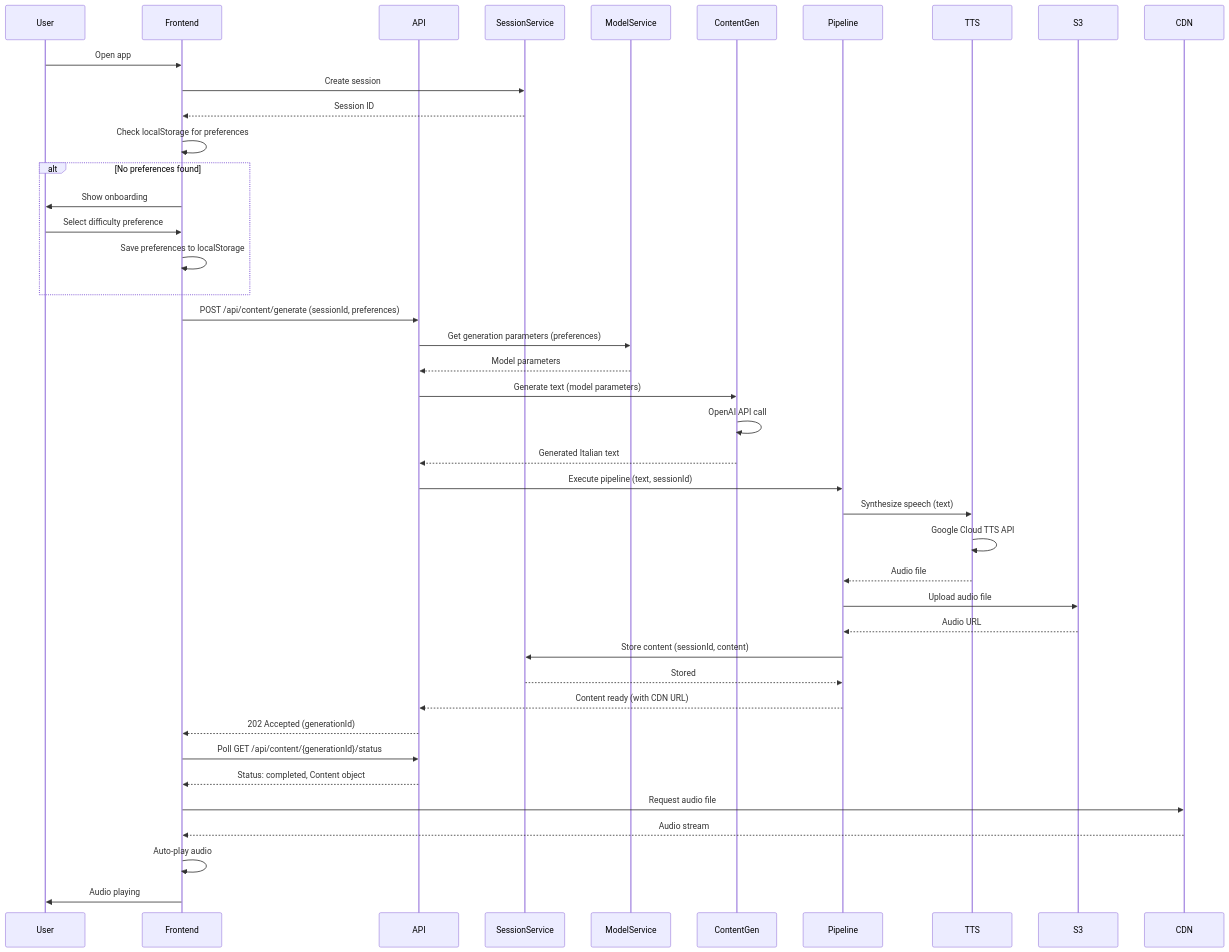
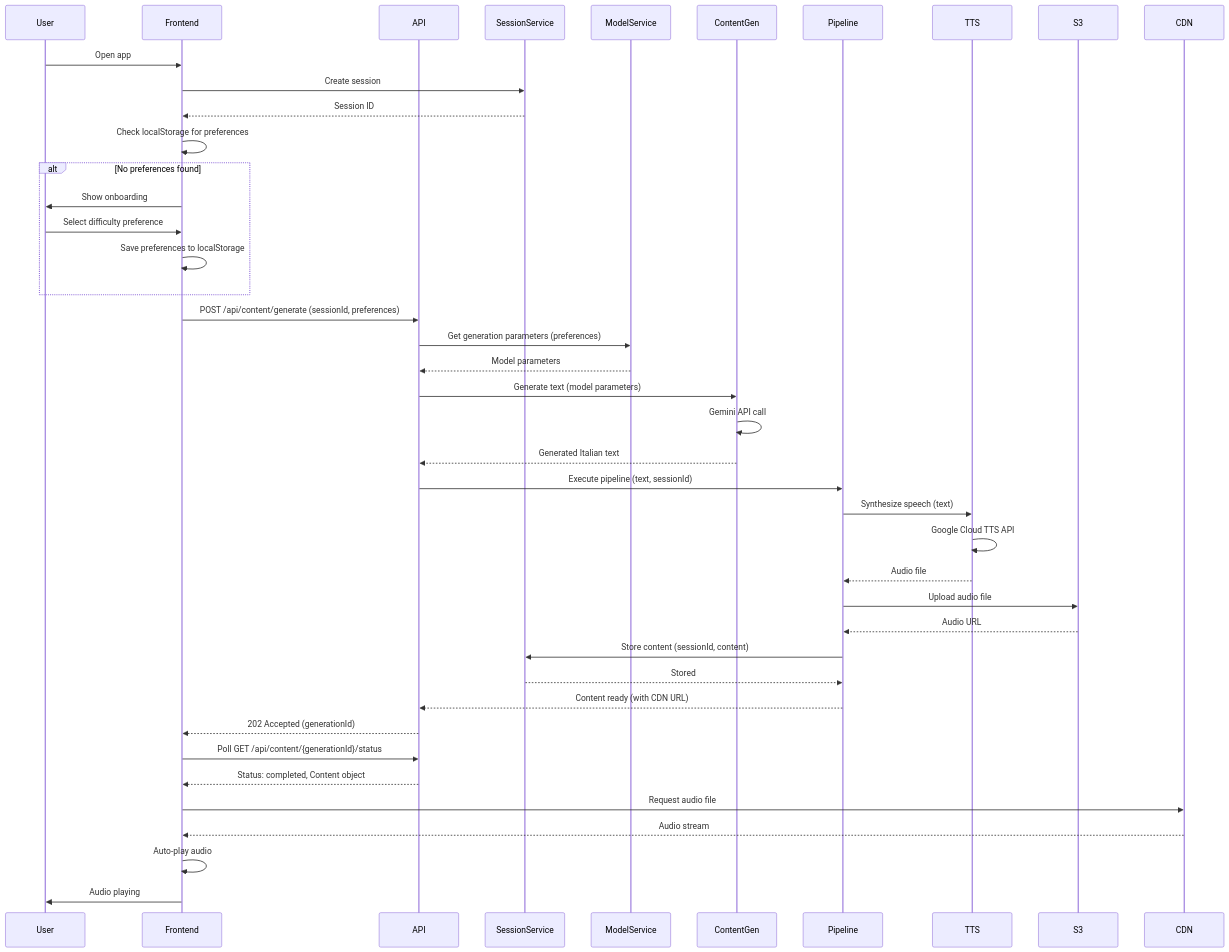
Before and after one commit to greenote440/language-learning: the first of 6 diagrams in docs/architecture/core-workflows.md, drawn with Mermaid. The commit also changed other lines of this file and 44 other files, not shown here.

````diff
--- a/docs/architecture/core-workflows.md
+++ b/docs/architecture/core-workflows.md
@@ -10,45 +10,45 @@
 ```mermaid
 sequenceDiagram
     participant User
     participant Frontend
     participant API
     participant SessionService
     participant ModelService
     participant ContentGen
     participant Pipeline
     participant TTS
     participant S3
     participant CDN
 
     User->>Frontend: Open app
     Frontend->>SessionService: Create session
     SessionService-->>Frontend: Session ID
     Frontend->>Frontend: Check localStorage for preferences
     alt No preferences found
         Frontend->>User: Show onboarding
         User->>Frontend: Select difficulty preference
         Frontend->>Frontend: Save preferences to localStorage
     end
     Frontend->>API: POST /api/content/generate (sessionId, preferences)
     API->>ModelService: Get generation parameters (preferences)
     ModelService-->>API: Model parameters
     API->>ContentGen: Generate text (model parameters)
-    ContentGen->>ContentGen: OpenAI API call
+    ContentGen->>ContentGen: Gemini API call
     ContentGen-->>API: Generated Italian text
     API->>Pipeline: Execute pipeline (text, sessionId)
     Pipeline->>TTS: Synthesize speech (text)
     TTS->>TTS: Google Cloud TTS API
     TTS-->>Pipeline: Audio file
     Pipeline->>S3: Upload audio file
     S3-->>Pipeline: Audio URL
     Pipeline->>SessionService: Store content (sessionId, content)
     SessionService-->>Pipeline: Stored
     Pipeline-->>API: Content ready (with CDN URL)
     API-->>Frontend: 202 Accepted (generationId)
     Frontend->>API: Poll GET /api/content/{generationId}/status
     API-->>Frontend: Status: completed, Content object
     Frontend->>CDN: Request audio file
     CDN-->>Frontend: Audio stream
     Frontend->>Frontend: Auto-play audio
     Frontend->>User: Audio playing
 ```
````
